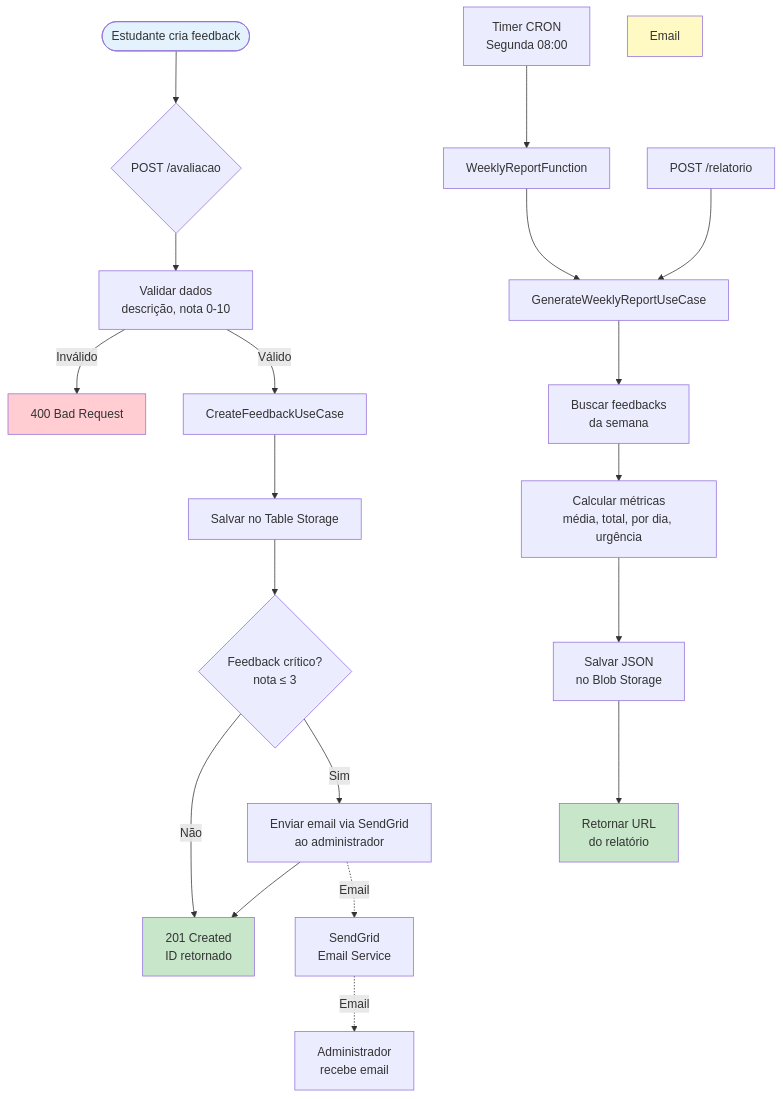
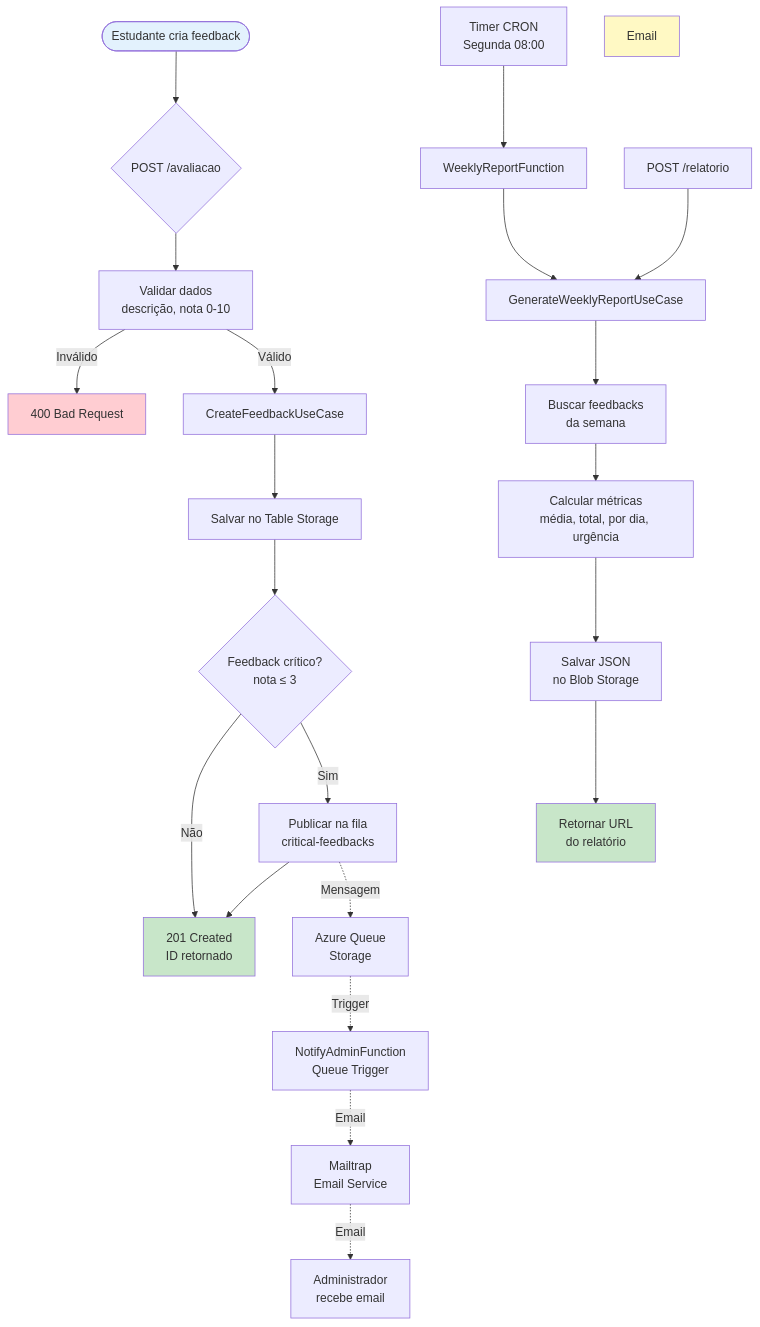
The seventh of 9 diagrams in README.md (luizffdemoraes/feedback-sync), drawn with Mermaid before and after one commit. The commit also changed other lines of this file and 3 other files, not shown here.

````diff
--- a/README.md
+++ b/README.md
@@ -560,35 +575,37 @@
 ```mermaid
 flowchart TD
     Start([Estudante cria feedback]) --> Input{POST /avaliacao}
     
     Input --> Validate[Validar dados<br/>descrição, nota 0-10]
     
     Validate -->|Inválido| Error1[400 Bad Request]
     Validate -->|Válido| Create[CreateFeedbackUseCase]
     
     Create --> Save[Salvar no Table Storage]
     Save --> Check{Feedback crítico?<br/>nota ≤ 3}
     
     Check -->|Não| Success1[201 Created<br/>ID retornado]
-    Check -->|Sim| Notify[Enviar email via SendGrid<br/>ao administrador]
+    Check -->|Sim| PublishQueue[Publicar na fila<br/>critical-feedbacks]
     
-    Notify --> Success1
+    PublishQueue --> Success1
     
-    Notify -.->|Email| SendGrid[SendGrid<br/>Email Service]
-    SendGrid -.->|Email| Admin[Administrador<br/>recebe email]
+    PublishQueue -.->|Mensagem| QueueStorage[Azure Queue<br/>Storage]
+    QueueStorage -.->|Trigger| NotifyFunc[NotifyAdminFunction<br/>Queue Trigger]
+    NotifyFunc -.->|Email| Mailtrap[Mailtrap<br/>Email Service]
+    Mailtrap -.->|Email| Admin[Administrador<br/>recebe email]
     
     Timer[Timer CRON<br/>Segunda 08:00] --> WeeklyFunc[WeeklyReportFunction]
     WeeklyFunc --> ReportUC[GenerateWeeklyReportUseCase]
     ReportUC --> Fetch[Buscar feedbacks<br/>da semana]
     Fetch --> Calc[Calcular métricas<br/>média, total, por dia, urgência]
     Calc --> SaveReport[Salvar JSON<br/>no Blob Storage]
     SaveReport --> Return[Retornar URL<br/>do relatório]
     
     Manual[POST /relatorio] --> ReportUC
     
     style Start fill:#E3F2FD
     style Success1 fill:#C8E6C9
     style Error1 fill:#FFCDD2
     style Email fill:#FFF9C4
     style Return fill:#C8E6C9
 ```
````
